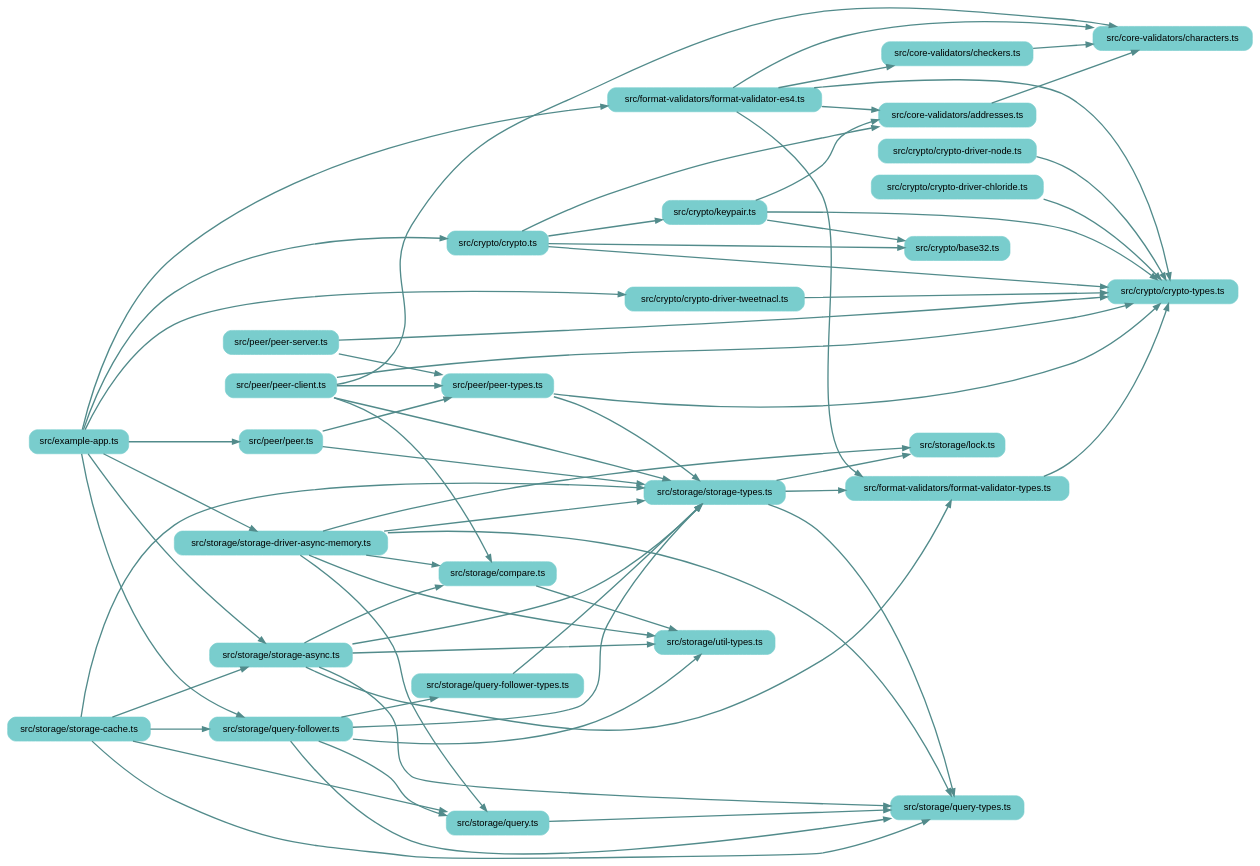
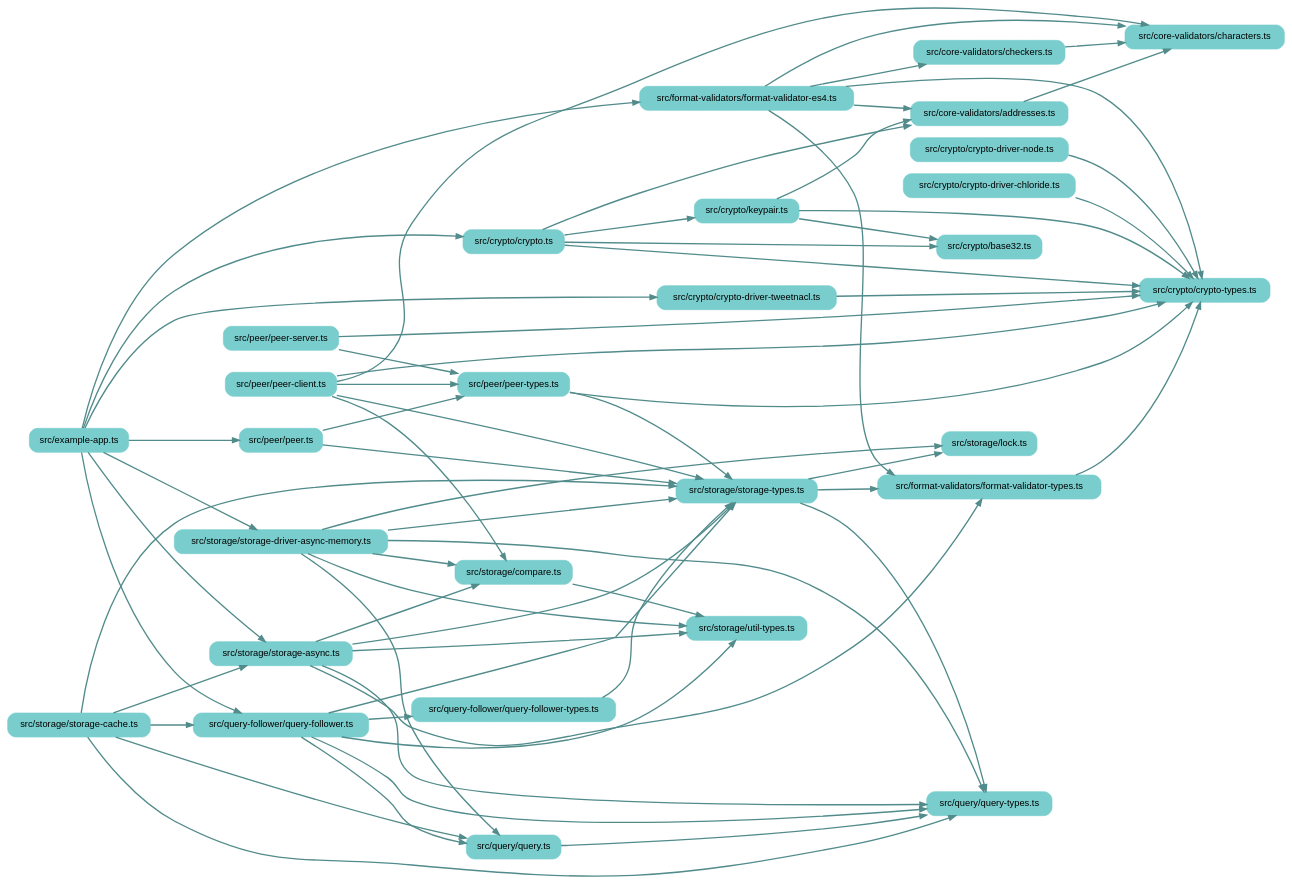
One commit to earthstar-project/earthstar changed the diagram in depchart/depchart-loose.dot. Above: the diagram before and after it, drawn with Graphviz. The commit also changed 25 other files, not shown here.

Commit message:
move query-follower to its own folder; update depcharts

```diff
--- a/depchart/depchart-loose.dot
+++ b/depchart/depchart-loose.dot
@@ -1,108 +1,108 @@
 
 digraph G {
     //splines=line;
     //splines=polyline;
     splines=true;
     rankdir=LR;
     //newrank=true;
     compound=true;
     graph [fontname = "helvetica"];  // dpi=72
     node [fontname = "helvetica"];
     edge [fontname = "helvetica"];
     
     // files in their folder clusters
         "src/example-app.ts" [label="src/example-app.ts", shape=rectangle; style="rounded,filled"; color=darkslategray3];
         "src/core-validators/addresses.ts" [label="src/core-validators/addresses.ts", shape=rectangle; style="rounded,filled"; color=darkslategray3];
             "src/core-validators/characters.ts" [label="src/core-validators/characters.ts", shape=rectangle; style="rounded,filled"; color=darkslategray3];
             "src/core-validators/checkers.ts" [label="src/core-validators/checkers.ts", shape=rectangle; style="rounded,filled"; color=darkslategray3];
         "src/crypto/base32.ts" [label="src/crypto/base32.ts", shape=rectangle; style="rounded,filled"; color=darkslategray3];
             "src/crypto/crypto-driver-chloride.ts" [label="src/crypto/crypto-driver-chloride.ts", shape=rectangle; style="rounded,filled"; color=darkslategray3];
             "src/crypto/crypto-driver-node.ts" [label="src/crypto/crypto-driver-node.ts", shape=rectangle; style="rounded,filled"; color=darkslategray3];
             "src/crypto/crypto-driver-tweetnacl.ts" [label="src/crypto/crypto-driver-tweetnacl.ts", shape=rectangle; style="rounded,filled"; color=darkslategray3];
             "src/crypto/crypto-types.ts" [label="src/crypto/crypto-types.ts", shape=rectangle; style="rounded,filled"; color=darkslategray3];
             "src/crypto/crypto.ts" [label="src/crypto/crypto.ts", shape=rectangle; style="rounded,filled"; color=darkslategray3];
             "src/crypto/keypair.ts" [label="src/crypto/keypair.ts", shape=rectangle; style="rounded,filled"; color=darkslategray3];
         "src/format-validators/format-validator-es4.ts" [label="src/format-validators/format-validator-es4.ts", shape=rectangle; style="rounded,filled"; color=darkslategray3];
             "src/format-validators/format-validator-types.ts" [label="src/format-validators/format-validator-types.ts", shape=rectangle; style="rounded,filled"; color=darkslategray3];
         "src/peer/peer-client.ts" [label="src/peer/peer-client.ts", shape=rectangle; style="rounded,filled"; color=darkslategray3];
             "src/peer/peer-server.ts" [label="src/peer/peer-server.ts", shape=rectangle; style="rounded,filled"; color=darkslategray3];
             "src/peer/peer-types.ts" [label="src/peer/peer-types.ts", shape=rectangle; style="rounded,filled"; color=darkslategray3];
             "src/peer/peer.ts" [label="src/peer/peer.ts", shape=rectangle; style="rounded,filled"; color=darkslategray3];
+        "src/query-follower/query-follower-types.ts" [label="src/query-follower/query-follower-types.ts", shape=rectangle; style="rounded,filled"; color=darkslategray3];
+            "src/query-follower/query-follower.ts" [label="src/query-follower/query-follower.ts", shape=rectangle; style="rounded,filled"; color=darkslategray3];
+        "src/query/query-types.ts" [label="src/query/query-types.ts", shape=rectangle; style="rounded,filled"; color=darkslategray3];
+            "src/query/query.ts" [label="src/query/query.ts", shape=rectangle; style="rounded,filled"; color=darkslategray3];
         "src/storage/compare.ts" [label="src/storage/compare.ts", shape=rectangle; style="rounded,filled"; color=darkslategray3];
             "src/storage/lock.ts" [label="src/storage/lock.ts", shape=rectangle; style="rounded,filled"; color=darkslategray3];
-            "src/storage/query-follower-types.ts" [label="src/storage/query-follower-types.ts", shape=rectangle; style="rounded,filled"; color=darkslategray3];
-            "src/storage/query-follower.ts" [label="src/storage/query-follower.ts", shape=rectangle; style="rounded,filled"; color=darkslategray3];
-            "src/storage/query-types.ts" [label="src/storage/query-types.ts", shape=rectangle; style="rounded,filled"; color=darkslategray3];
-            "src/storage/query.ts" [label="src/storage/query.ts", shape=rectangle; style="rounded,filled"; color=darkslategray3];
             "src/storage/storage-async.ts" [label="src/storage/storage-async.ts", shape=rectangle; style="rounded,filled"; color=darkslategray3];
             "src/storage/storage-cache.ts" [label="src/storage/storage-cache.ts", shape=rectangle; style="rounded,filled"; color=darkslategray3];
             "src/storage/storage-driver-async-memory.ts" [label="src/storage/storage-driver-async-memory.ts", shape=rectangle; style="rounded,filled"; color=darkslategray3];
             "src/storage/storage-types.ts" [label="src/storage/storage-types.ts", shape=rectangle; style="rounded,filled"; color=darkslategray3];
             "src/storage/util-types.ts" [label="src/storage/util-types.ts", shape=rectangle; style="rounded,filled"; color=darkslategray3];
 
     // edges between files
     "src/core-validators/addresses.ts" -> "src/core-validators/characters.ts" [penwidth=2; color=darkslategray4];
     "src/core-validators/checkers.ts" -> "src/core-validators/characters.ts" [penwidth=2; color=darkslategray4];
     "src/crypto/crypto-driver-chloride.ts" -> "src/crypto/crypto-types.ts" [penwidth=2; color=darkslategray4];
     "src/crypto/crypto-driver-node.ts" -> "src/crypto/crypto-types.ts" [penwidth=2; color=darkslategray4];
     "src/crypto/crypto-driver-tweetnacl.ts" -> "src/crypto/crypto-types.ts" [penwidth=2; color=darkslategray4];
     "src/crypto/crypto.ts" -> "src/crypto/crypto-types.ts" [penwidth=2; color=darkslategray4];
     "src/crypto/crypto.ts" -> "src/crypto/base32.ts" [penwidth=2; color=darkslategray4];
     "src/crypto/crypto.ts" -> "src/crypto/keypair.ts" [penwidth=2; color=darkslategray4];
     "src/crypto/crypto.ts" -> "src/core-validators/addresses.ts" [penwidth=2; color=darkslategray4];
     "src/crypto/keypair.ts" -> "src/crypto/base32.ts" [penwidth=2; color=darkslategray4];
     "src/crypto/keypair.ts" -> "src/crypto/crypto-types.ts" [penwidth=2; color=darkslategray4];
     "src/crypto/keypair.ts" -> "src/core-validators/addresses.ts" [penwidth=2; color=darkslategray4];
     "src/example-app.ts" -> "src/format-validators/format-validator-es4.ts" [penwidth=2; color=darkslategray4];
     "src/example-app.ts" -> "src/storage/storage-driver-async-memory.ts" [penwidth=2; color=darkslategray4];
     "src/example-app.ts" -> "src/storage/storage-async.ts" [penwidth=2; color=darkslategray4];
     "src/example-app.ts" -> "src/crypto/crypto.ts" [penwidth=2; color=darkslategray4];
     "src/example-app.ts" -> "src/crypto/crypto-driver-tweetnacl.ts" [penwidth=2; color=darkslategray4];
-    "src/example-app.ts" -> "src/storage/query-follower.ts" [penwidth=2; color=darkslategray4];
+    "src/example-app.ts" -> "src/query-follower/query-follower.ts" [penwidth=2; color=darkslategray4];
     "src/example-app.ts" -> "src/peer/peer.ts" [penwidth=2; color=darkslategray4];
     "src/format-validators/format-validator-es4.ts" -> "src/format-validators/format-validator-types.ts" [penwidth=2; color=darkslategray4];
     "src/format-validators/format-validator-es4.ts" -> "src/crypto/crypto-types.ts" [penwidth=2; color=darkslategray4];
     "src/format-validators/format-validator-es4.ts" -> "src/core-validators/characters.ts" [penwidth=2; color=darkslategray4];
     "src/format-validators/format-validator-es4.ts" -> "src/core-validators/checkers.ts" [penwidth=2; color=darkslategray4];
     "src/format-validators/format-validator-es4.ts" -> "src/core-validators/addresses.ts" [penwidth=2; color=darkslategray4];
     "src/format-validators/format-validator-types.ts" -> "src/crypto/crypto-types.ts" [penwidth=2; color=darkslategray4];
     "src/peer/peer-client.ts" -> "src/crypto/crypto-types.ts" [penwidth=2; color=darkslategray4];
     "src/peer/peer-client.ts" -> "src/storage/storage-types.ts" [penwidth=2; color=darkslategray4];
     "src/peer/peer-client.ts" -> "src/peer/peer-types.ts" [penwidth=2; color=darkslategray4];
     "src/peer/peer-client.ts" -> "src/storage/compare.ts" [penwidth=2; color=darkslategray4];
     "src/peer/peer-client.ts" -> "src/core-validators/characters.ts" [penwidth=2; color=darkslategray4];
     "src/peer/peer-server.ts" -> "src/crypto/crypto-types.ts" [penwidth=2; color=darkslategray4];
     "src/peer/peer-server.ts" -> "src/peer/peer-types.ts" [penwidth=2; color=darkslategray4];
     "src/peer/peer-types.ts" -> "src/storage/storage-types.ts" [penwidth=2; color=darkslategray4];
     "src/peer/peer-types.ts" -> "src/crypto/crypto-types.ts" [penwidth=2; color=darkslategray4];
     "src/peer/peer.ts" -> "src/storage/storage-types.ts" [penwidth=2; color=darkslategray4];
     "src/peer/peer.ts" -> "src/peer/peer-types.ts" [penwidth=2; color=darkslategray4];
+    "src/query-follower/query-follower-types.ts" -> "src/storage/storage-types.ts" [penwidth=2; color=darkslategray4];
+    "src/query-follower/query-follower.ts" -> "src/storage/util-types.ts" [penwidth=2; color=darkslategray4];
+    "src/query-follower/query-follower.ts" -> "src/query/query-types.ts" [penwidth=2; color=darkslategray4];
+    "src/query-follower/query-follower.ts" -> "src/storage/storage-types.ts" [penwidth=2; color=darkslategray4];
+    "src/query-follower/query-follower.ts" -> "src/query/query.ts" [penwidth=2; color=darkslategray4];
+    "src/query-follower/query-follower.ts" -> "src/query-follower/query-follower-types.ts" [penwidth=2; color=darkslategray4];
+    "src/query/query.ts" -> "src/query/query-types.ts" [penwidth=2; color=darkslategray4];
     "src/storage/compare.ts" -> "src/storage/util-types.ts" [penwidth=2; color=darkslategray4];
-    "src/storage/query-follower-types.ts" -> "src/storage/storage-types.ts" [penwidth=2; color=darkslategray4];
-    "src/storage/query-follower.ts" -> "src/storage/util-types.ts" [penwidth=2; color=darkslategray4];
-    "src/storage/query-follower.ts" -> "src/storage/query-types.ts" [penwidth=2; color=darkslategray4];
-    "src/storage/query-follower.ts" -> "src/storage/storage-types.ts" [penwidth=2; color=darkslategray4];
-    "src/storage/query-follower.ts" -> "src/storage/query.ts" [penwidth=2; color=darkslategray4];
-    "src/storage/query-follower.ts" -> "src/storage/query-follower-types.ts" [penwidth=2; color=darkslategray4];
-    "src/storage/query.ts" -> "src/storage/query-types.ts" [penwidth=2; color=darkslategray4];
     "src/storage/storage-async.ts" -> "src/storage/util-types.ts" [penwidth=2; color=darkslategray4];
-    "src/storage/storage-async.ts" -> "src/storage/query-types.ts" [penwidth=2; color=darkslategray4];
+    "src/storage/storage-async.ts" -> "src/query/query-types.ts" [penwidth=2; color=darkslategray4];
     "src/storage/storage-async.ts" -> "src/storage/storage-types.ts" [penwidth=2; color=darkslategray4];
     "src/storage/storage-async.ts" -> "src/format-validators/format-validator-types.ts" [penwidth=2; color=darkslategray4];
     "src/storage/storage-async.ts" -> "src/storage/compare.ts" [penwidth=2; color=darkslategray4];
-    "src/storage/storage-cache.ts" -> "src/storage/query.ts" [penwidth=2; color=darkslategray4];
-    "src/storage/storage-cache.ts" -> "src/storage/query-follower.ts" [penwidth=2; color=darkslategray4];
-    "src/storage/storage-cache.ts" -> "src/storage/query-types.ts" [penwidth=2; color=darkslategray4];
+    "src/storage/storage-cache.ts" -> "src/query/query.ts" [penwidth=2; color=darkslategray4];
+    "src/storage/storage-cache.ts" -> "src/query-follower/query-follower.ts" [penwidth=2; color=darkslategray4];
+    "src/storage/storage-cache.ts" -> "src/query/query-types.ts" [penwidth=2; color=darkslategray4];
     "src/storage/storage-cache.ts" -> "src/storage/storage-async.ts" [penwidth=2; color=darkslategray4];
     "src/storage/storage-cache.ts" -> "src/storage/storage-types.ts" [penwidth=2; color=darkslategray4];
     "src/storage/storage-driver-async-memory.ts" -> "src/storage/util-types.ts" [penwidth=2; color=darkslategray4];
-    "src/storage/storage-driver-async-memory.ts" -> "src/storage/query-types.ts" [penwidth=2; color=darkslategray4];
+    "src/storage/storage-driver-async-memory.ts" -> "src/query/query-types.ts" [penwidth=2; color=darkslategray4];
     "src/storage/storage-driver-async-memory.ts" -> "src/storage/storage-types.ts" [penwidth=2; color=darkslategray4];
     "src/storage/storage-driver-async-memory.ts" -> "src/storage/compare.ts" [penwidth=2; color=darkslategray4];
-    "src/storage/storage-driver-async-memory.ts" -> "src/storage/query.ts" [penwidth=2; color=darkslategray4];
+    "src/storage/storage-driver-async-memory.ts" -> "src/query/query.ts" [penwidth=2; color=darkslategray4];
     "src/storage/storage-driver-async-memory.ts" -> "src/storage/lock.ts" [penwidth=2; color=darkslategray4];
-    "src/storage/storage-types.ts" -> "src/storage/query-types.ts" [penwidth=2; color=darkslategray4];
+    "src/storage/storage-types.ts" -> "src/query/query-types.ts" [penwidth=2; color=darkslategray4];
     "src/storage/storage-types.ts" -> "src/format-validators/format-validator-types.ts" [penwidth=2; color=darkslategray4];
     "src/storage/storage-types.ts" -> "src/storage/lock.ts" [penwidth=2; color=darkslategray4];
 
 }
```
